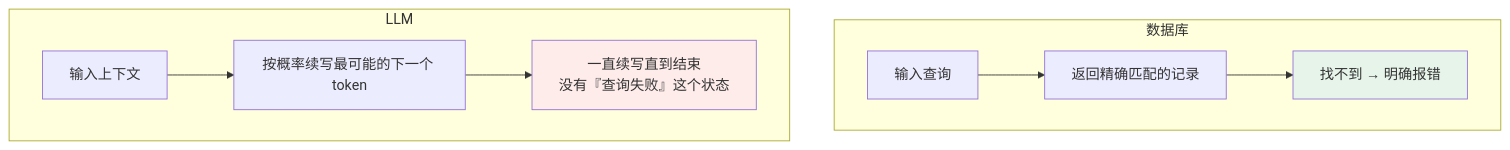
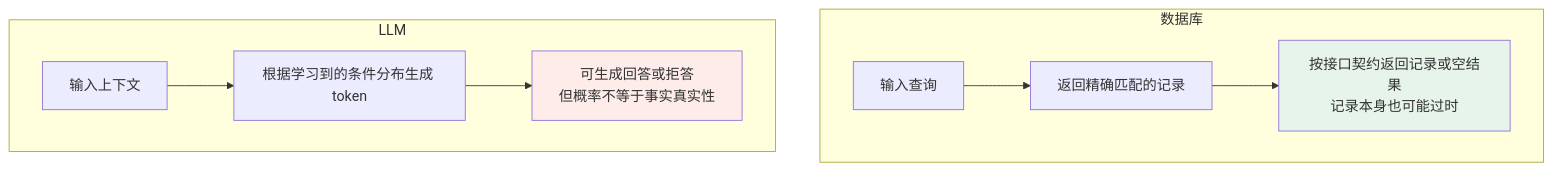
The first of 3 diagrams in docs/llm/04-prompt-reliability/18-hallucination.md (oneleaveknowsthefall/awesome-ai-roadmap), drawn with Mermaid before and after one commit. The commit also changed other lines of this file and 45 other files, not shown here.

````diff
--- a/docs/llm/04-prompt-reliability/18-hallucination.md
+++ b/docs/llm/04-prompt-reliability/18-hallucination.md
@@ -26,14 +26,14 @@
 ```mermaid
 flowchart TB
     subgraph DB["数据库"]
         D1["输入查询"] --> D2["返回精确匹配的记录"]
-        D2 --> D3["找不到 → 明确报错"]
+        D2 --> D3["按接口契约返回记录或空结果<br/>记录本身也可能过时"]
     end
     subgraph LLM["LLM"]
-        L1["输入上下文"] --> L2["按概率续写最可能的下一个 token"]
-        L2 --> L3["一直续写直到结束<br/>没有『查询失败』这个状态"]
+        L1["输入上下文"] --> L2["根据学习到的条件分布生成 token"]
+        L2 --> L3["可生成回答或拒答<br/>但概率不等于事实真实性"]
     end
 
     style D3 fill:#e6f4ea
     style L3 fill:#fdecea
 ```
````
